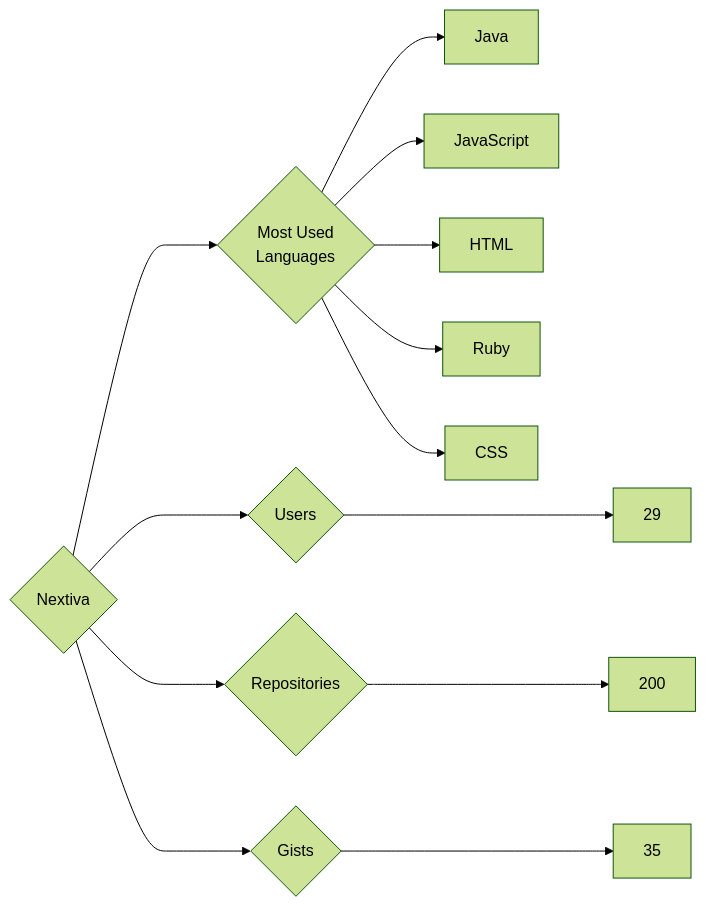
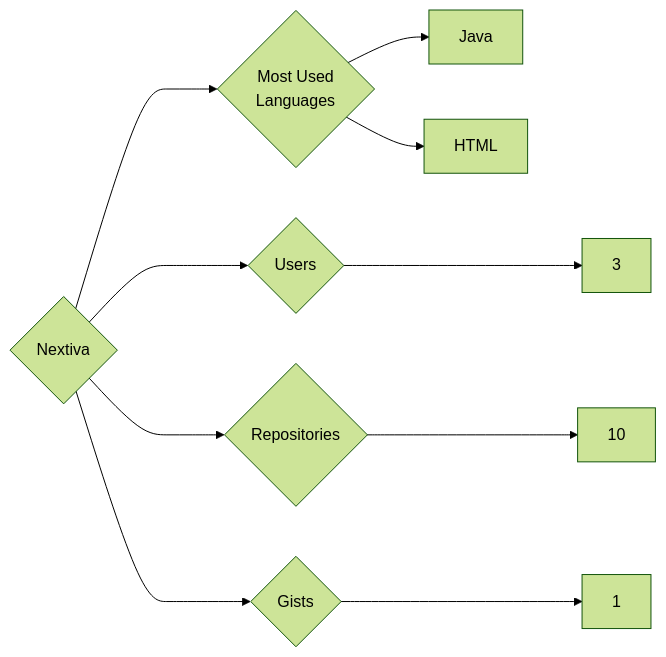
The diagram in targets/Nextiva/README.md (trickest/insiders), drawn with Mermaid (forest theme) before and after one commit. The commit also changed 748 other files, not shown here.

````diff
--- a/targets/Nextiva/README.md
+++ b/targets/Nextiva/README.md
@@ -3,13 +3,10 @@
 ```mermaid
 graph LR
 COMPANY_NAME{Nextiva}
-COMPANY_NAME ---> U{Users} ---> UN[29]
-COMPANY_NAME ---> R{Repositories} ---> RN[200]
-COMPANY_NAME ---> G{Gists} ---> GN[35]
+COMPANY_NAME ---> U{Users} ---> UN[3]
+COMPANY_NAME ---> R{Repositories} ---> RN[10]
+COMPANY_NAME ---> G{Gists} ---> GN[1]
 COMPANY_NAME ---> ML{Most Used<br>Languages}
 ML --> Java[Java]
-ML --> JavaScript[JavaScript]
 ML --> HTML[HTML]
-ML --> Ruby[Ruby]
-ML --> CSS[CSS]
 ```
````
